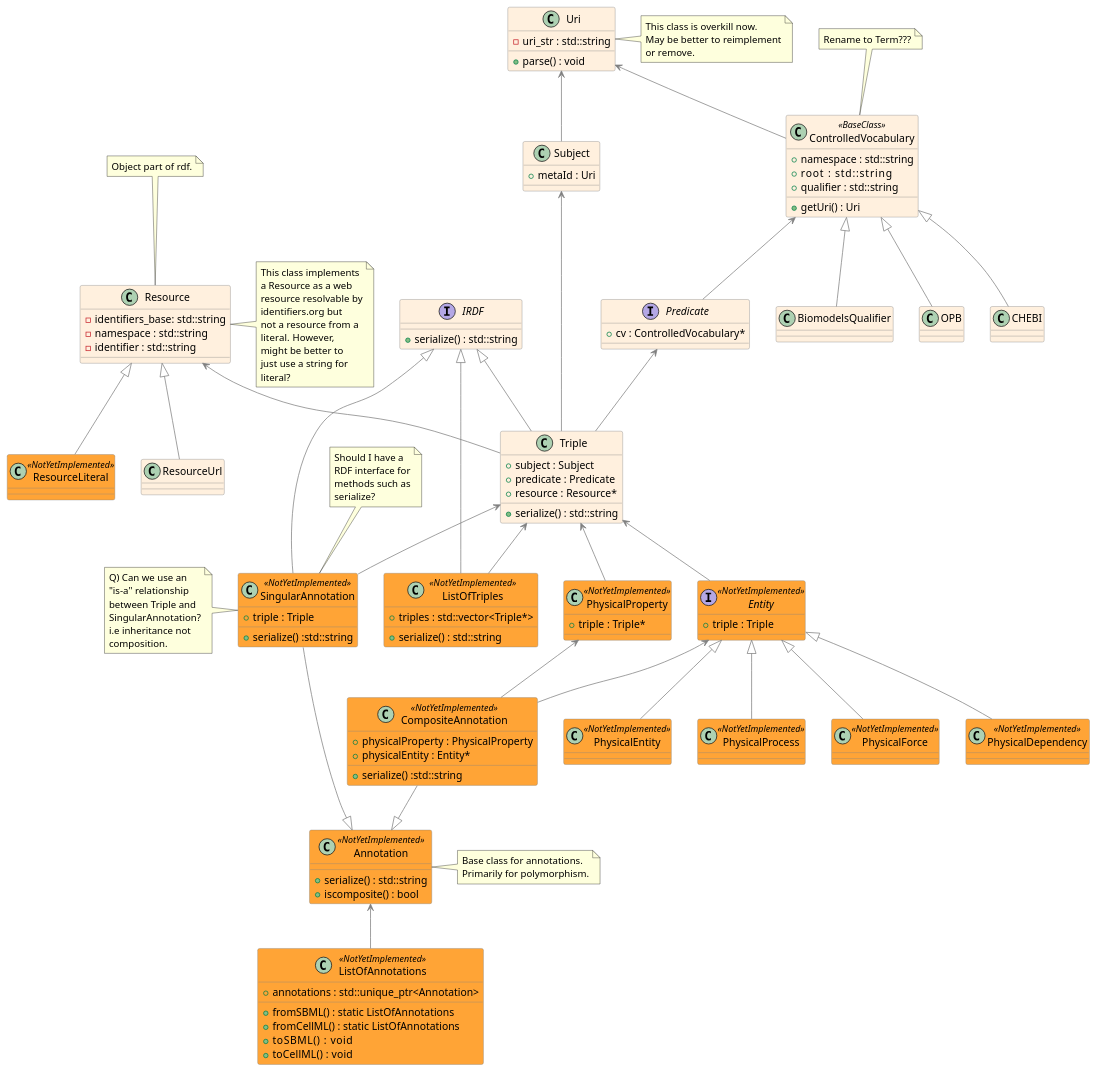
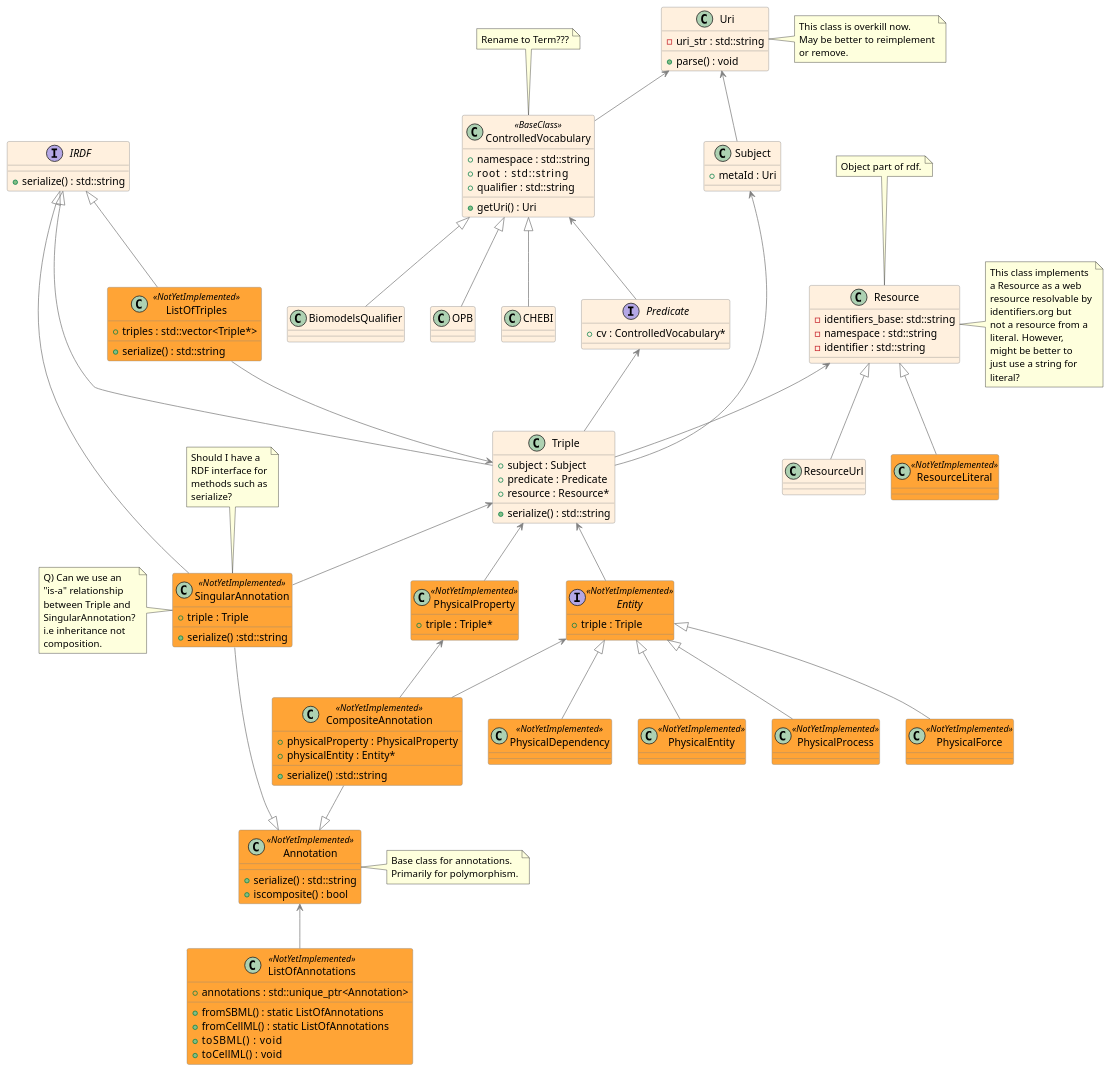
The diagram in Design/CiaransDesign.puml (sys-bio/libOmexMeta), drawn with PlantUML before and after one commit. The commit also changed 15 other files, not shown here.

```diff
--- a/Design/CiaransDesign.puml
+++ b/Design/CiaransDesign.puml
@@ -1,184 +1,184 @@
 @startuml
 skinparam backgroundcolor white
 
 skinparam class {
 	BackgroundColor FFF0DE
 	ArrowColor grey
 	BorderColor grey
 	BackgroundColor<<NotYetImplemented>> FFA436
 }
 
 
 
 class Uri {
     - uri_str : std::string
     + parse() : void
 }
 note right of Uri
     This class is overkill now.
     May be better to reimplement
     or remove.
 end note
 class Subject {
     + metaId : Uri
 }
 
 interface Predicate {
     + cv : ControlledVocabulary*
 }
 class ControlledVocabulary <<BaseClass>> {
     + namespace : std::string
     + root      : std::string
     + qualifier : std::string
     + getUri() : Uri
 }
 note top of ControlledVocabulary
     Rename to Term???
 end note
 ControlledVocabulary <-- Predicate
 Uri <-- ControlledVocabulary
 
 class BiomodelsQualifier {}
 class OPB {}
 class CHEBI {}
 ControlledVocabulary <|-- BiomodelsQualifier
 ControlledVocabulary <|-- OPB
 ControlledVocabulary <|-- CHEBI
 
 
 class Resource {
     - identifiers_base: std::string
     - namespace : std::string
     - identifier : std::string
 }
 note right of Resource
     This class implements
     a Resource as a web
     resource resolvable by
     identifiers.org but
     not a resource from a
     literal. However,
     might be better to
     just use a string for
     literal?
 end note
 class ResourceUrl {}
 
 class ResourceLiteral <<NotYetImplemented>>{}
 
 Resource <|-- ResourceUrl
 Resource <|-- ResourceLiteral
 
 note top of Resource
     Object part of rdf.
 end note
 
 
 class Triple {
     + subject : Subject
     + predicate : Predicate
     + resource : Resource*
     + serialize() : std::string
 }
 
 Subject <-- Triple
 Predicate <-- Triple
 Resource <-- Triple
 
 class ListOfTriples <<NotYetImplemented>>{
     + triples : std::vector<Triple*>
     + serialize() : std::string
 }
 
 interface IRDF {
     + serialize() : std::string
 }
 
 IRDF <|-- Triple
 IRDF <|-- ListOfTriples
 IRDF <|-- SingularAnnotation
-Triple<-- ListOfTriples
+ListOfTriples --> Triple
 
 Uri <-- Subject
 
 class PhysicalProperty <<NotYetImplemented>>{
     + triple : Triple*
 }
 Triple <-- PhysicalProperty
 
 interface Entity<<NotYetImplemented>> {
     + triple : Triple
 }
 Triple <-- Entity
 
 class PhysicalEntity <<NotYetImplemented>>{}
 class PhysicalProcess<<NotYetImplemented>> {}
 class PhysicalForce <<NotYetImplemented>>{}
 class PhysicalDependency <<NotYetImplemented>>{}
 
 Entity <|-- PhysicalEntity
 Entity <|-- PhysicalProcess
 Entity <|-- PhysicalForce
 Entity <|-- PhysicalDependency
 
 
 'Base class for all annotations
 class Annotation<<NotYetImplemented>> {
     + serialize() : std::string
     + iscomposite() : bool
 }
 note right of Annotation
     Base class for annotations.
     Primarily for polymorphism.
 end note
 'todo Conceptually, could we use an isa relationshop between singular annotation and Triple?
 
 class SingularAnnotation <<NotYetImplemented>>{
     + triple : Triple
     + serialize() :std::string
 }
 note top of SingularAnnotation
     Should I have a
     RDF interface for
     methods such as
     serialize?
 end note
 
 note left of SingularAnnotation
     Q) Can we use an
     "is-a" relationship
     between Triple and
     SingularAnnotation?
     i.e inheritance not
     composition.
 end note
 'Not sure what type the physicalEntity / physicalProperty should have.
 'Not sure what the physicalEntity should be called.
 'From section 2.27 of omex metadata spec: physical entity, process, force or dependency that bears the physical property.
 class CompositeAnnotation<<NotYetImplemented>> {
     + physicalProperty : PhysicalProperty
     + physicalEntity : Entity*
     + serialize() :std::string
 }
 
 SingularAnnotation --|> Annotation
 CompositeAnnotation --|> Annotation
 Triple <-- SingularAnnotation
 
 Entity <-- CompositeAnnotation
 PhysicalProperty <-- CompositeAnnotation
 
 
 class ListOfAnnotations <<NotYetImplemented>>{
     + annotations : std::unique_ptr<Annotation>
     + fromSBML() : static ListOfAnnotations
     + fromCellML() : static ListOfAnnotations
     + toSBML() :    void
     + toCellML() :  void
 }
 
 Annotation <-- ListOfAnnotations
 
 
 
 @enduml
```
